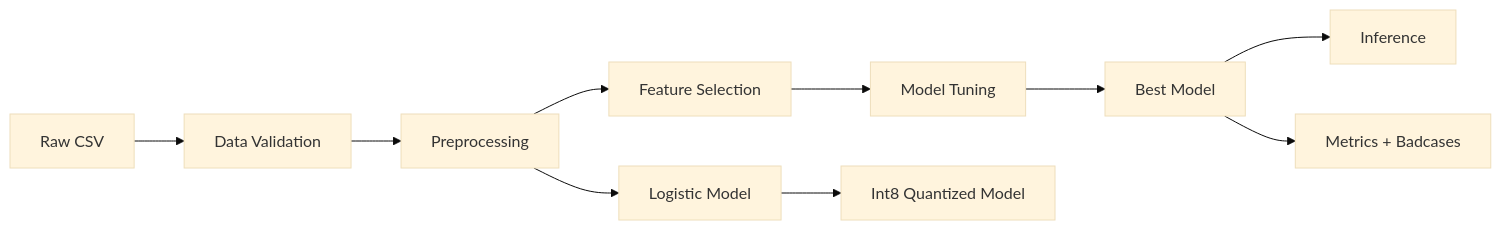
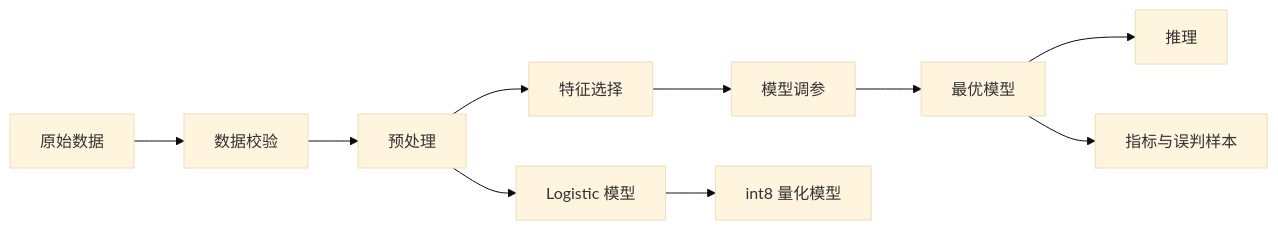
Before and after one commit to Davisionyu/CreativeExperimentation: the diagram in reports/experiment_report.md, drawn with Mermaid (base theme). The commit also changed other lines of this file and 19 other files, not shown here.

````diff
--- a/reports/experiment_report.md
+++ b/reports/experiment_report.md
@@ -15,12 +15,12 @@
 ```mermaid
 flowchart LR
-    A["Raw CSV"] --> B["Data Validation"]
-    B --> C["Preprocessing"]
-    C --> D["Feature Selection"]
-    D --> E["Model Tuning"]
-    E --> F["Best Model"]
-    F --> G["Inference"]
-    F --> H["Metrics + Badcases"]
-    C --> I["Logistic Model"]
-    I --> J["Int8 Quantized Model"]
+    A["原始数据"] --> B["数据校验"]
+    B --> C["预处理"]
+    C --> D["特征选择"]
+    D --> E["模型调参"]
+    E --> F["最优模型"]
+    F --> G["推理"]
+    F --> H["指标与误判样本"]
+    C --> I["Logistic 模型"]
+    I --> J["int8 量化模型"]
 ```
````
